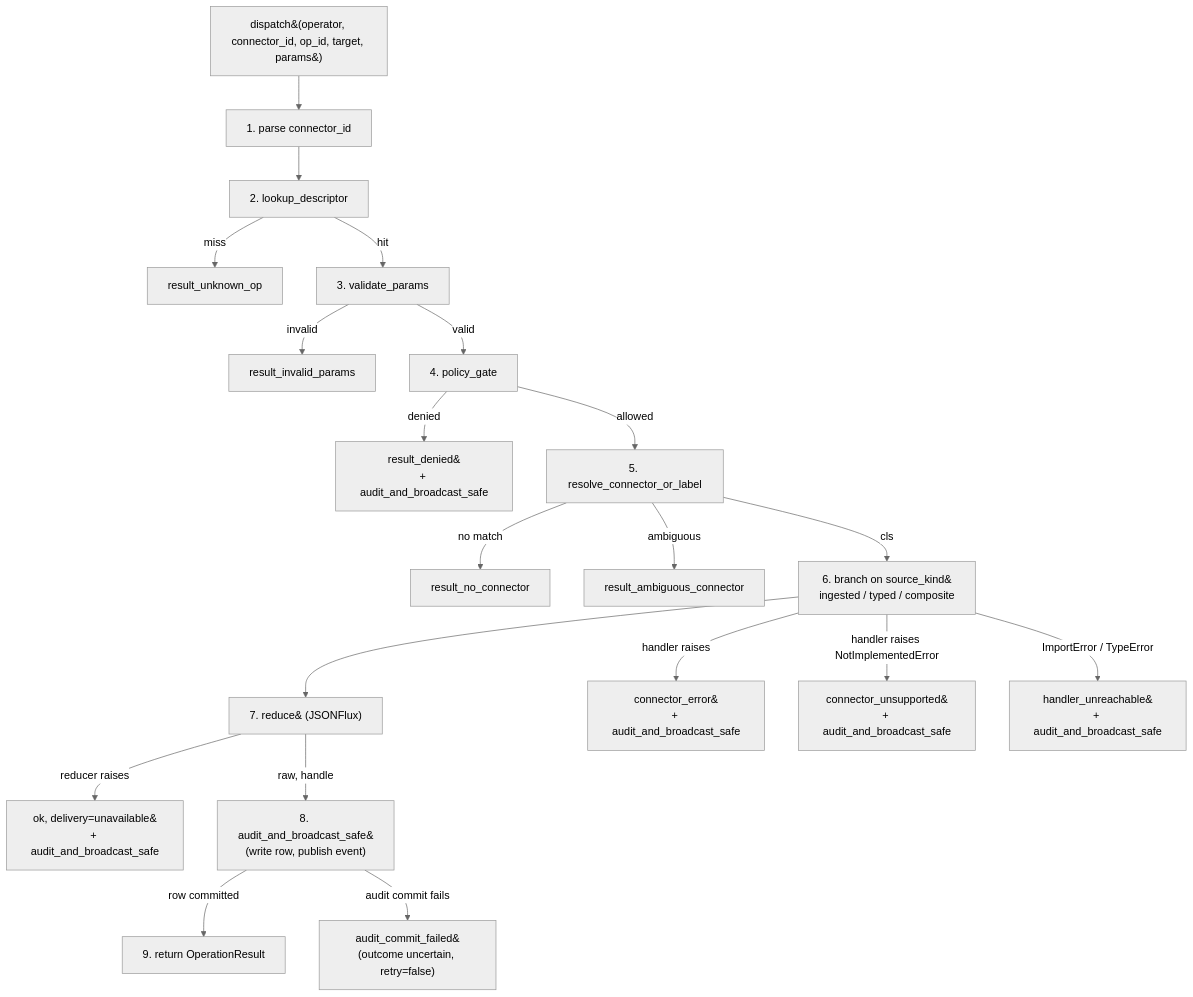
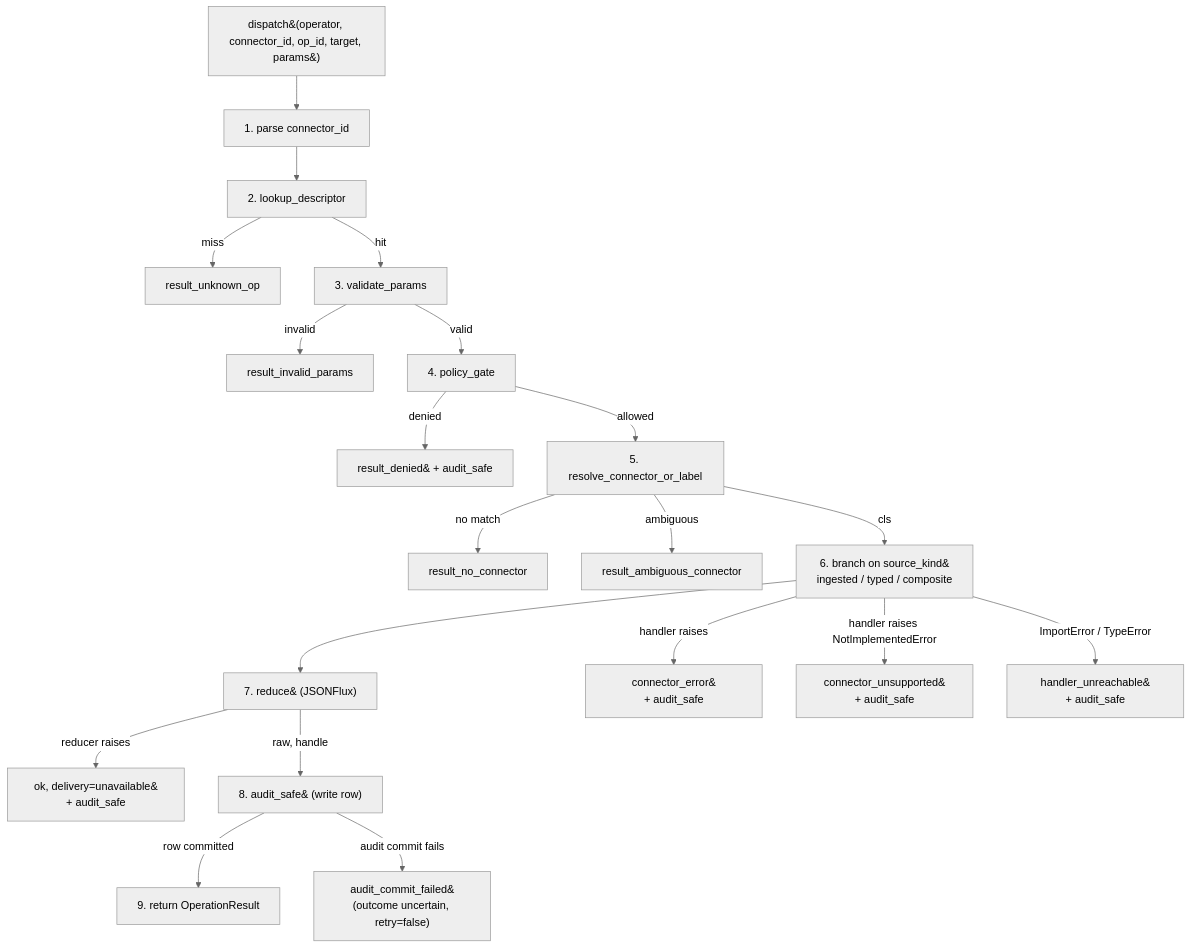
The diagram in docs/architecture/operations-substrate.md (evoila/meho), drawn with Mermaid (neutral theme) before and after one commit. The commit also changed other lines of this file and 14 other files, not shown here.

First line of the commit message:
docs(architecture): check the architecture and research pages against the code

````diff
--- a/docs/architecture/operations-substrate.md
+++ b/docs/architecture/operations-substrate.md
@@ -192,22 +195,22 @@
 ```mermaid
 flowchart TD
     A[dispatch&#40;operator, connector_id, op_id, target, params&#41;] --> B[1. parse connector_id]
     B --> C[2. lookup_descriptor]
     C -->|miss| Z1[result_unknown_op]
     C -->|hit| D[3. validate_params]
     D -->|invalid| Z2[result_invalid_params]
     D -->|valid| E[4. policy_gate]
-    E -->|denied| Z3["result_denied&#10;+ audit_and_broadcast_safe"]
+    E -->|denied| Z3["result_denied&#10;+ audit_safe"]
     E -->|allowed| F["5. resolve_connector_or_label"]
     F -->|no match| Z4[result_no_connector]
     F -->|ambiguous| Z4a[result_ambiguous_connector]
     F -->|cls| G["6. branch on source_kind&#10;ingested / typed / composite"]
     G --> H["7. reduce&#10;(JSONFlux)"]
-    H -->|reducer raises| Z5["ok, delivery=unavailable&#10;+ audit_and_broadcast_safe"]
-    H -->|raw, handle| I["8. audit_and_broadcast_safe&#10;(write row, publish event)"]
+    H -->|reducer raises| Z5["ok, delivery=unavailable&#10;+ audit_safe"]
+    H -->|raw, handle| I["8. audit_safe&#10;(write row)"]
     I -->|row committed| J[9. return OperationResult]
     I -->|audit commit fails| Z8["audit_commit_failed&#10;(outcome uncertain, retry=false)"]
-    G -->|handler raises| Z6["connector_error&#10;+ audit_and_broadcast_safe"]
-    G -->|handler raises NotImplementedError| Z6a["connector_unsupported&#10;+ audit_and_broadcast_safe"]
-    G -->|ImportError / TypeError| Z7["handler_unreachable&#10;+ audit_and_broadcast_safe"]
+    G -->|handler raises| Z6["connector_error&#10;+ audit_safe"]
+    G -->|handler raises NotImplementedError| Z6a["connector_unsupported&#10;+ audit_safe"]
+    G -->|ImportError / TypeError| Z7["handler_unreachable&#10;+ audit_safe"]
 ```
````
